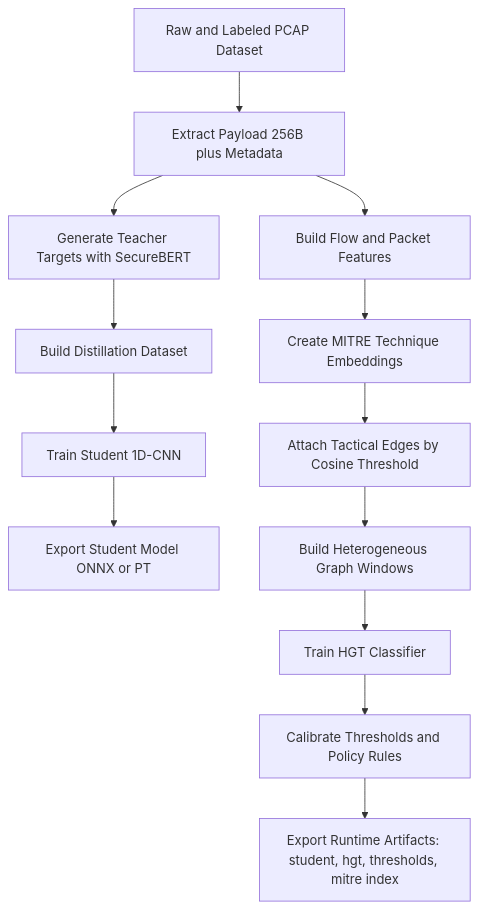
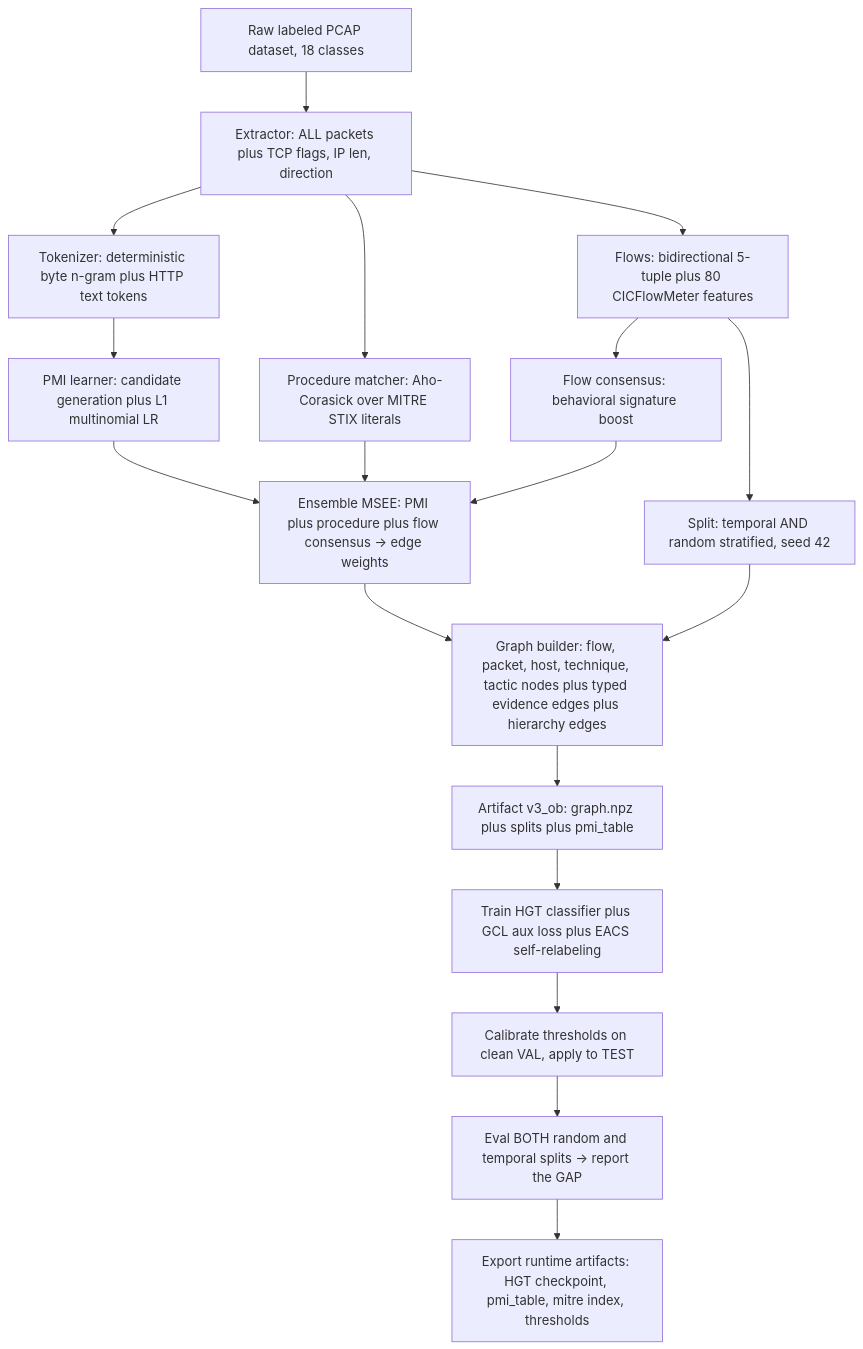
One commit to LeThanhPhat-ATTT2023/Do-an-chuyen-nganh_NT114 changed the first of 2 diagrams in docs/architecture/system_execution_flows.md. Above: the diagram before and after it, drawn with Mermaid. The commit also changed other lines of this file and 10 other files, not shown here.

First line of the commit message:
docs: realign architecture/design docs to v3_ob pipeline

````diff
--- a/docs/architecture/system_execution_flows.md
+++ b/docs/architecture/system_execution_flows.md
@@ -7,16 +10,24 @@
 ```mermaid
 flowchart TD
-    A[Raw and Labeled PCAP Dataset] --> B[Extract Payload 256B plus Metadata]
-    B --> C[Generate Teacher Targets with SecureBERT]
-    C --> D[Build Distillation Dataset]
-    D --> E[Train Student 1D-CNN]
-    E --> F[Export Student Model ONNX or PT]
+    A[Raw labeled PCAP dataset, 18 classes] --> B[Extractor: ALL packets plus TCP flags, IP len, direction]
+    B --> C[Flows: bidirectional 5-tuple plus 80 CICFlowMeter features]
+    C --> D[Split: temporal AND random stratified, seed 42]
 
-    B --> G[Build Flow and Packet Features]
-    G --> H[Create MITRE Technique Embeddings]
-    H --> I[Attach Tactical Edges by Cosine Threshold]
-    I --> J[Build Heterogeneous Graph Windows]
-    J --> K[Train HGT Classifier]
-    K --> L[Calibrate Thresholds and Policy Rules]
-    L --> M[Export Runtime Artifacts: student, hgt, thresholds, mitre index]
+    B --> E[Tokenizer: deterministic byte n-gram plus HTTP text tokens]
+    E --> F[PMI learner: candidate generation plus L1 multinomial LR]
+    B --> G[Procedure matcher: Aho-Corasick over MITRE STIX literals]
+    C --> H[Flow consensus: behavioral signature boost]
+
+    F --> I[Ensemble MSEE: PMI plus procedure plus flow consensus -> edge weights]
+    G --> I
+    H --> I
+
+    I --> J[Graph builder: flow, packet, host, technique, tactic nodes plus typed evidence edges plus hierarchy edges]
+    D --> J
+    J --> K[Artifact v3_ob: graph.npz plus splits plus pmi_table]
+
+    K --> L[Train HGT classifier plus GCL aux loss plus EACS self-relabeling]
+    L --> M[Calibrate thresholds on clean VAL, apply to TEST]
+    M --> N[Eval BOTH random and temporal splits -> report the GAP]
+    N --> O[Export runtime artifacts: HGT checkpoint, pmi_table, mitre index, thresholds]
 ```
````
